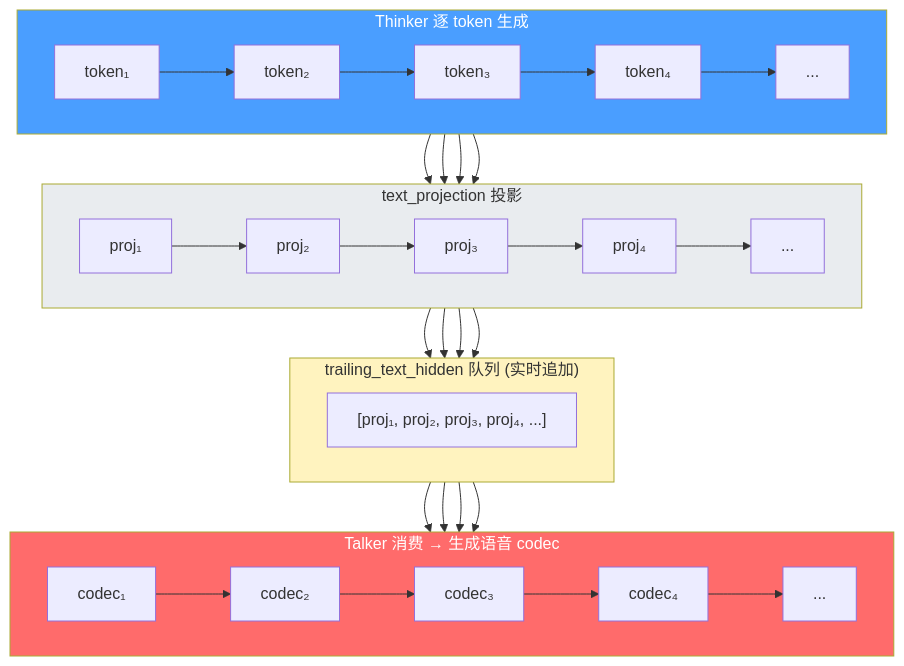
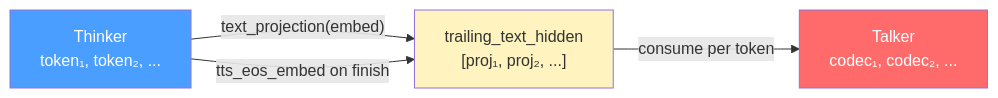
The sixth of 31 diagrams in sglang/sglang-omni/README.md (zhaochenyang20/Awesome-ML-SYS-Tutorial), drawn with Mermaid before and after one commit. The commit also changed other lines of this file, not shown here.

First line of the commit message:
style: use English in all Mermaid diagrams, fix broken links, simplify oversized charts

````diff
--- a/sglang/sglang-omni/README.md
+++ b/sglang/sglang-omni/README.md
@@ -227,35 +227,10 @@
 ```mermaid
-graph TB
-    subgraph Thinker["Thinker 逐 token 生成"]
-        direction LR
-        T1["token₁"] --> T2["token₂"] --> T3["token₃"] --> T4["token₄"] --> T5["..."]
-    end
+graph LR
+    T["Thinker<br/>token₁, token₂, ..."] -- "text_projection(embed)" --> Q["trailing_text_hidden<br/>[proj₁, proj₂, ...]"]
+    Q -- "consume per token" --> K["Talker<br/>codec₁, codec₂, ..."]
+    T -- "tts_eos_embed on finish" --> Q
 
-    subgraph Projection["text_projection 投影"]
-        direction LR
-        P1["proj₁"] --> P2["proj₂"] --> P3["proj₃"] --> P4["proj₄"] --> P5["..."]
-    end
-
-    subgraph Queue["trailing_text_hidden 队列 (实时追加)"]
-        direction LR
-        Q["[proj₁, proj₂, proj₃, proj₄, ...]"]
-    end
-
-    subgraph Talker["Talker 消费 → 生成语音 codec"]
-        direction LR
-        S1["codec₁"] --> S2["codec₂"] --> S3["codec₃"] --> S4["codec₄"] --> S5["..."]
-    end
-
-    T1 --> P1
-    T2 --> P2
-    T3 --> P3
-    T4 --> P4
-
-    P1 & P2 & P3 & P4 --> Q
-    Q --> S1 & S2 & S3 & S4
-
-    style Thinker fill:#4a9eff,color:#fff
-    style Talker fill:#ff6b6b,color:#fff
-    style Projection fill:#e9ecef,color:#333
-    style Queue fill:#fff3bf,color:#333
+    style T fill:#4a9eff,color:#fff
+    style Q fill:#fff3bf,color:#333
+    style K fill:#ff6b6b,color:#fff
 ```
````
